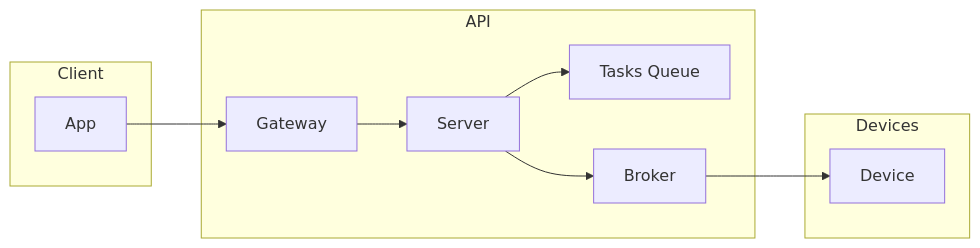
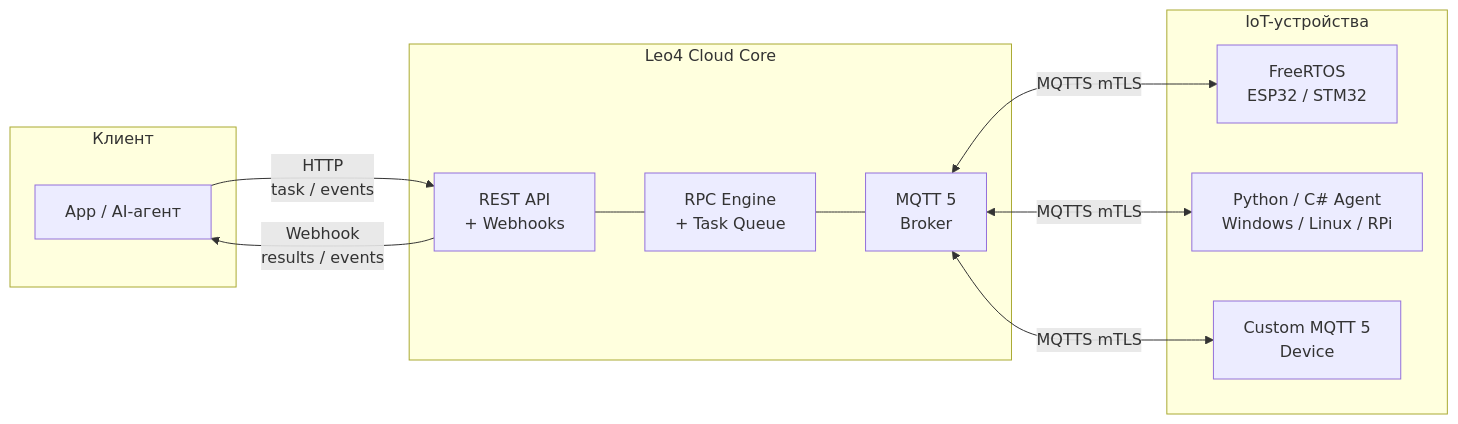
Before and after one commit to OlegLebedevRU/iot-rpc-rest-app: the diagram in README.md, drawn with Mermaid. The commit also changed other lines of this file, not shown here.

First line of the commit message:
refactor: rewrite README.md as Leo4 IoT Platform overview page

`````diff
--- a/README.md
+++ b/README.md
@@ -10,23 +13,25 @@
-````mermaid
+```mermaid
 flowchart LR
-    subgraph Client["Client"]
-        App["App"]
+    subgraph Client["Клиент"]
+        App["App / AI-агент"]
     end
 
-    subgraph API["API"]
-        Gateway["Gateway"]
-        Server["Server"]
-        TasksQueue["Tasks Queue"]
-        Broker["Broker"]
+    subgraph Core["Leo4 Cloud Core"]
+        API["REST API\n+ Webhooks"]
+        Engine["RPC Engine\n+ Task Queue"]
+        Broker["MQTT 5\nBroker"]
+        API --- Engine --- Broker
     end
 
-    subgraph Devices["Devices"]
-        Device["Device"]
+    subgraph Devices["IoT-устройства"]
+        D1["FreeRTOS\nESP32 / STM32"]
+        D2["Python / C# Agent\nWindows / Linux / RPi"]
+        D3["Custom MQTT 5\nDevice"]
     end
 
-    App --> Gateway
-    Gateway --> Server
-    Server --> TasksQueue
-    Server --> Broker
-    Broker --> Device
-````
+    App -->|"HTTP\ntask / events"| API
+    API -->|"Webhook\nresults / events"| App
+    Broker <-->|MQTTS mTLS| D1
+    Broker <-->|MQTTS mTLS| D2
+    Broker <-->|MQTTS mTLS| D3
+```
`````
